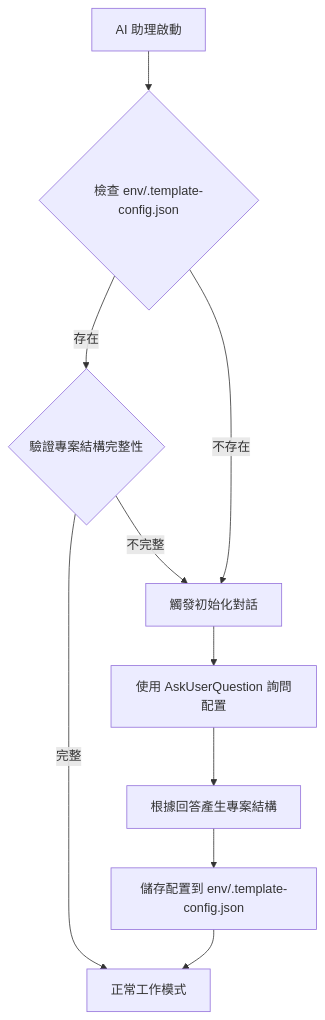
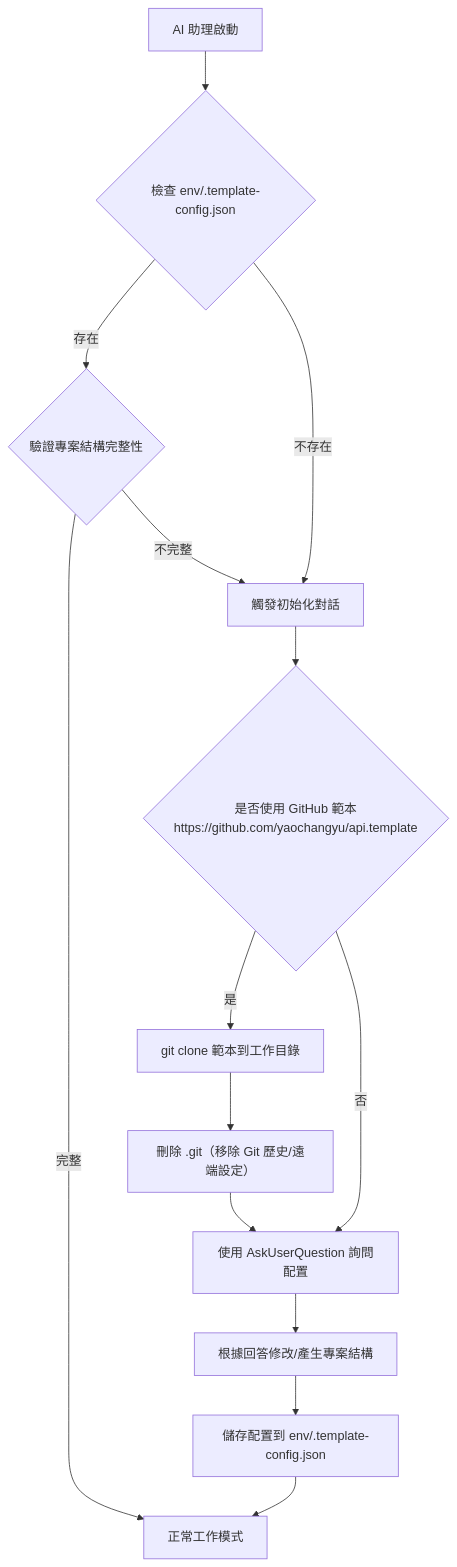
One commit to yaochangyu/api.template changed the first of 3 diagrams in CLAUDE_OLD.md. Above: the diagram before and after it, drawn with Mermaid. The commit also changed other lines of this file and 1 other file, not shown here.

Commit message:
✨ feat(CLAUDE.md): 新增 GitHub 範本套用規則，強化初始化對話流程，確保使用者選擇範本時的安全性與正確性

````diff
--- a/CLAUDE_OLD.md
+++ b/CLAUDE_OLD.md
@@ -131,12 +131,16 @@
 ```mermaid
 graph TD
     A[AI 助理啟動] --> B{檢查 env/.template-config.json}
     B -->|存在| C{驗證專案結構完整性}
     B -->|不存在| D[觸發初始化對話]
     C -->|完整| E[正常工作模式]
     C -->|不完整| D
-    D --> F[使用 AskUserQuestion 詢問配置]
-    F --> G[根據回答產生專案結構]
+  D --> T{是否使用 GitHub 範本\nhttps://github.com/yaochangyu/api.template}
+  T -->|是| U[git clone 範本到工作目錄]
+  U --> V[刪除 .git（移除 Git 歷史/遠端設定）]
+  V --> F[使用 AskUserQuestion 詢問配置]
+  T -->|否| F
+  F --> G[根據回答修改/產生專案結構]
     G --> H[儲存配置到 env/.template-config.json]
     H --> E
 ```
````
